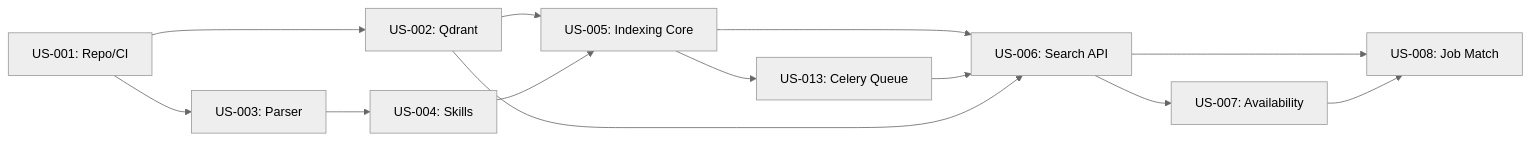
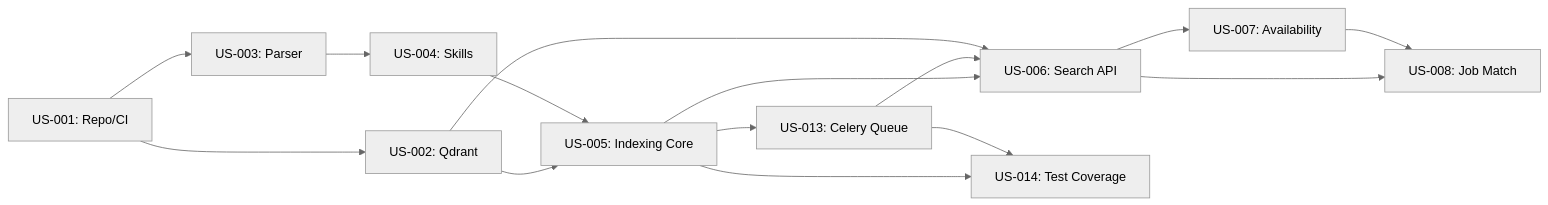
One commit to giamma80/profilebot changed the diagram in docs/USER_STORIES_DETAILED.md. Above: the diagram before and after it, drawn with Mermaid (neutral theme). The commit also changed other lines of this file and 1 other file, not shown here.

````diff
--- a/docs/USER_STORIES_DETAILED.md
+++ b/docs/USER_STORIES_DETAILED.md
@@ -1392,15 +2060,17 @@
 ```mermaid
 graph LR
     US001[US-001: Repo/CI] --> US002[US-002: Qdrant]
     US001 --> US003[US-003: Parser]
     US002 --> US005[US-005: Indexing Core]
     US003 --> US004[US-004: Skills]
     US004 --> US005
     US005 --> US013[US-013: Celery Queue]
     US005 --> US006[US-006: Search API]
     US013 --> US006
     US002 --> US006
     US006 --> US007[US-007: Availability]
     US006 --> US008[US-008: Job Match]
     US007 --> US008
+    US005 --> US014[US-014: Test Coverage]
+    US013 --> US014
 ```
````
